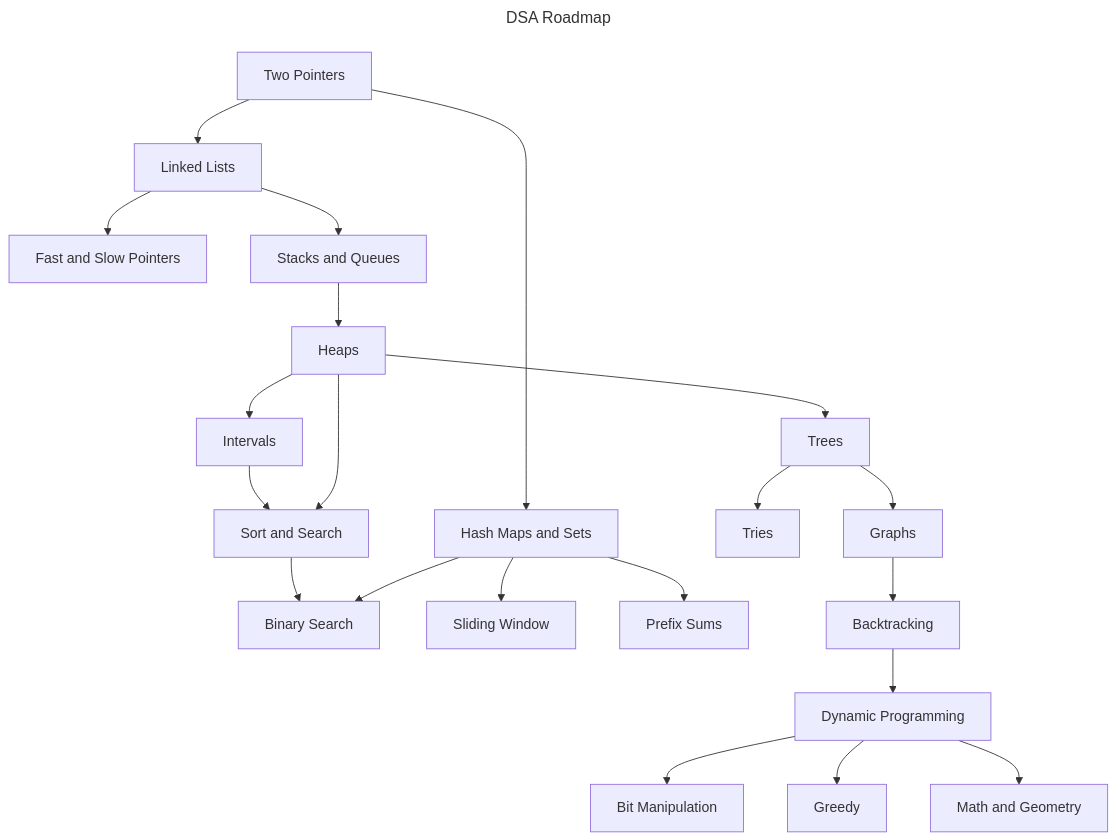
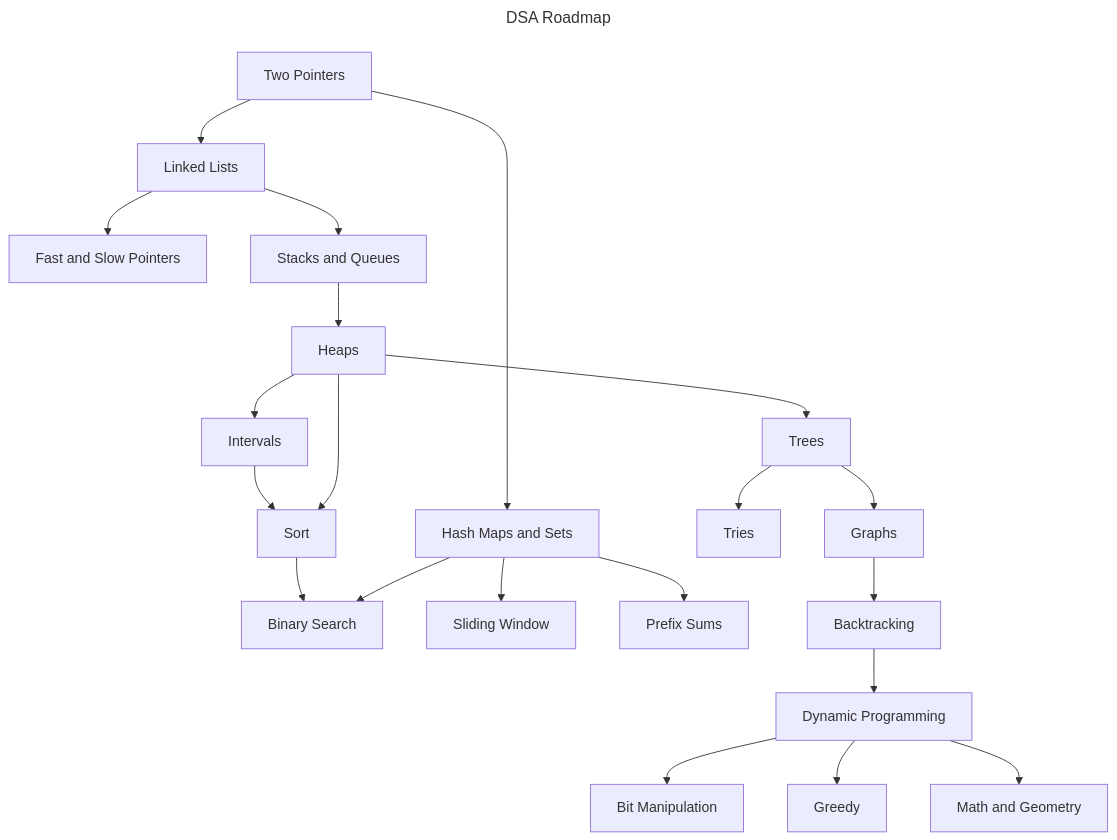
The diagram in README.md (2giosangmitom/dsa-roadmap), drawn with Mermaid before and after one commit. The commit also changed other lines of this file, not shown here.

````diff
--- a/README.md
+++ b/README.md
@@ -22,35 +22,35 @@
 ```mermaid
 ---
 title: DSA Roadmap
 ---
 flowchart TD
     %% Basic Foundations
     A[Two Pointers] --> B[Hash Maps and Sets]
     A --> C[Linked Lists]
     B --> E[Binary Search]
     B --> F[Sliding Window]
     B --> G[Prefix Sums]
 
     %% Intermediate Concepts
     C --> D[Fast and Slow Pointers]
     C --> J[Stacks and Queues]
     J --> R[Heaps]
 
     %% Advanced Data Structures
     R --> T[Trees]
     R --> W[Intervals]
-    R --> Q[Sort and Search]
+    R --> Q[Sort]
     T --> U[Tries]
     T --> X[Graphs]
     X --> Y[Backtracking]
 
     %% Problem-Solving Techniques
     Y --> K[Dynamic Programming]
     K --> O[Bit Manipulation]
     K --> V[Greedy]
     K --> M[Math and Geometry]
 
     %% Additional Paths
     W --> Q
     Q --> E
 ```
````
